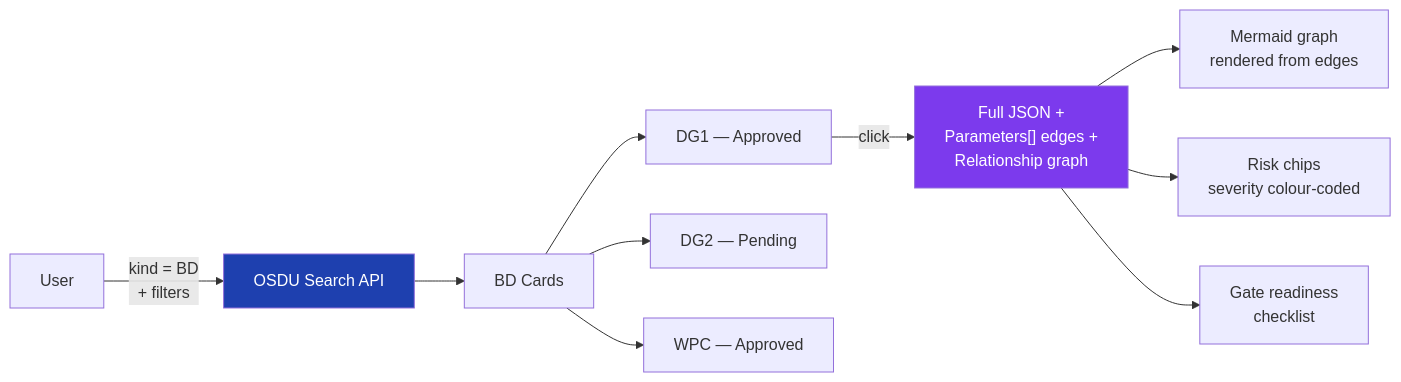
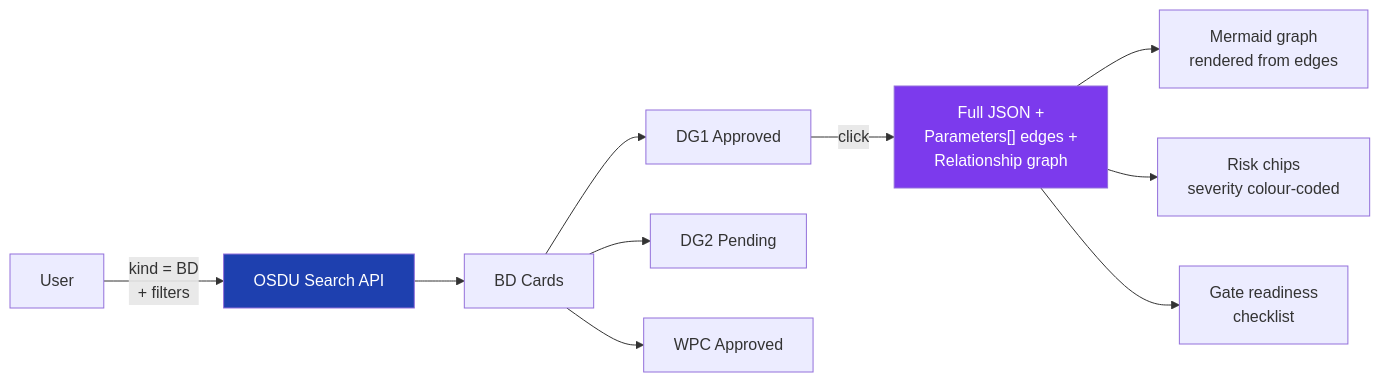
One commit to equinor/ores changed diagram 11 of 14 in md/BdDemo.md. Above: the diagram before and after it, drawn with Mermaid. The commit also changed other lines of this file and 9 other files, not shown here.

````diff
--- a/md/BdDemo.md
+++ b/md/BdDemo.md
@@ -515,17 +515,17 @@
 ```mermaid
 graph LR
     USER["User"] -->|"kind = BD<br/>+ filters"| SEARCH["OSDU Search API"]
     SEARCH --> RESULTS["BD Cards"]
-    RESULTS --> CARD1["DG1 — Approved"]
-    RESULTS --> CARD2["DG2 — Pending"]
-    RESULTS --> CARD3["WPC — Approved"]
+    RESULTS --> CARD1["DG1  Approved"]
+    RESULTS --> CARD2["DG2  Pending"]
+    RESULTS --> CARD3["WPC  Approved"]
 
     CARD1 -->|click| DETAIL["Full JSON +<br/>Parameters[] edges +<br/>Relationship graph"]
 
     DETAIL --> GRAPH["Mermaid graph<br/>rendered from edges"]
     DETAIL --> RISKS["Risk chips<br/>severity colour-coded"]
     DETAIL --> CHECK["Gate readiness<br/>checklist"]
 
     style SEARCH fill:#1e40af,color:#fff
     style DETAIL fill:#7c3aed,color:#fff
 ```
````
